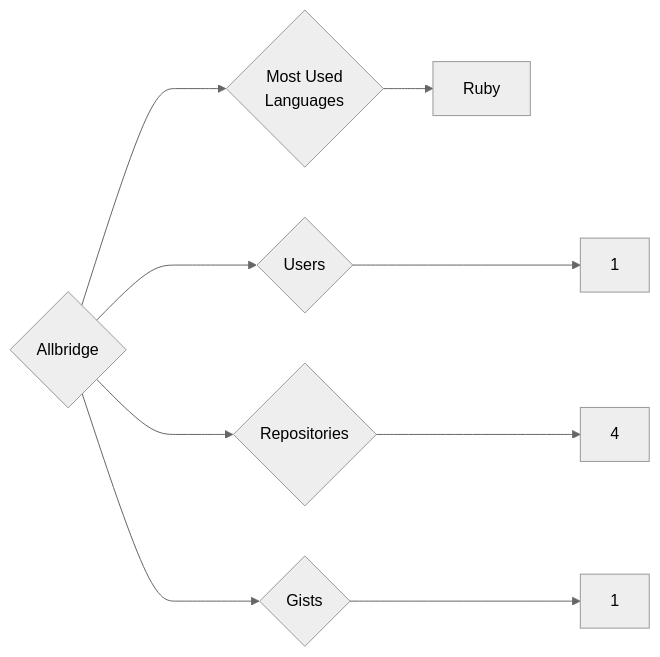
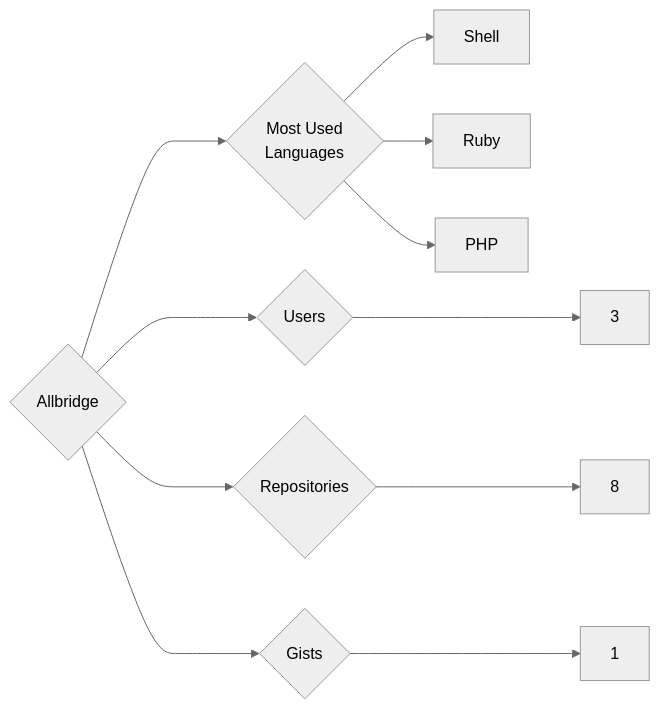
One commit to trickest/insiders changed the diagram in targets/Allbridge/README.md. Above: the diagram before and after it, drawn with Mermaid (neutral theme). The commit also changed 988 other files, not shown here.

````diff
--- a/targets/Allbridge/README.md
+++ b/targets/Allbridge/README.md
@@ -3,9 +3,11 @@
 ```mermaid
 graph LR
 COMPANY_NAME{Allbridge}
-COMPANY_NAME ---> U{Users} ---> UN[1]
-COMPANY_NAME ---> R{Repositories} ---> RN[4]
+COMPANY_NAME ---> U{Users} ---> UN[3]
+COMPANY_NAME ---> R{Repositories} ---> RN[8]
 COMPANY_NAME ---> G{Gists} ---> GN[1]
 COMPANY_NAME ---> ML{Most Used<br>Languages}
+ML --> Shell[Shell]
 ML --> Ruby[Ruby]
+ML --> PHP[PHP]
 ```
````
